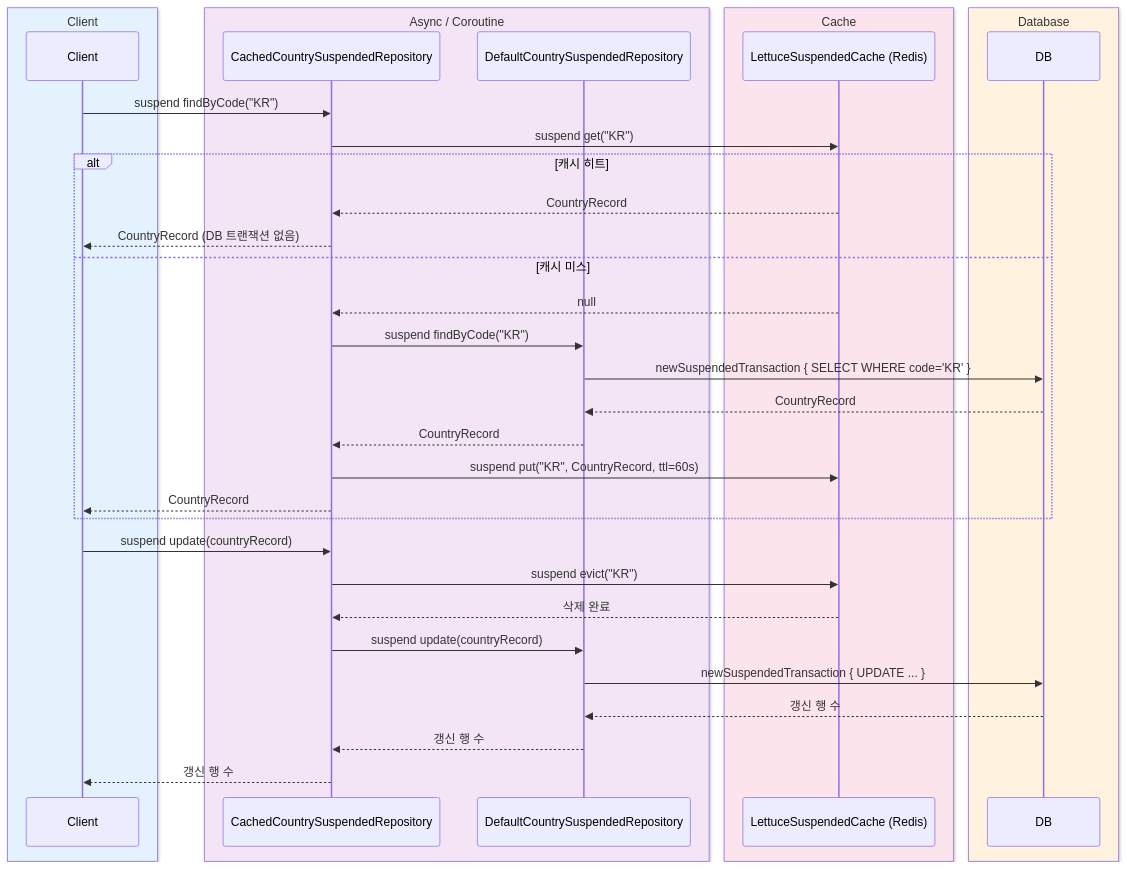
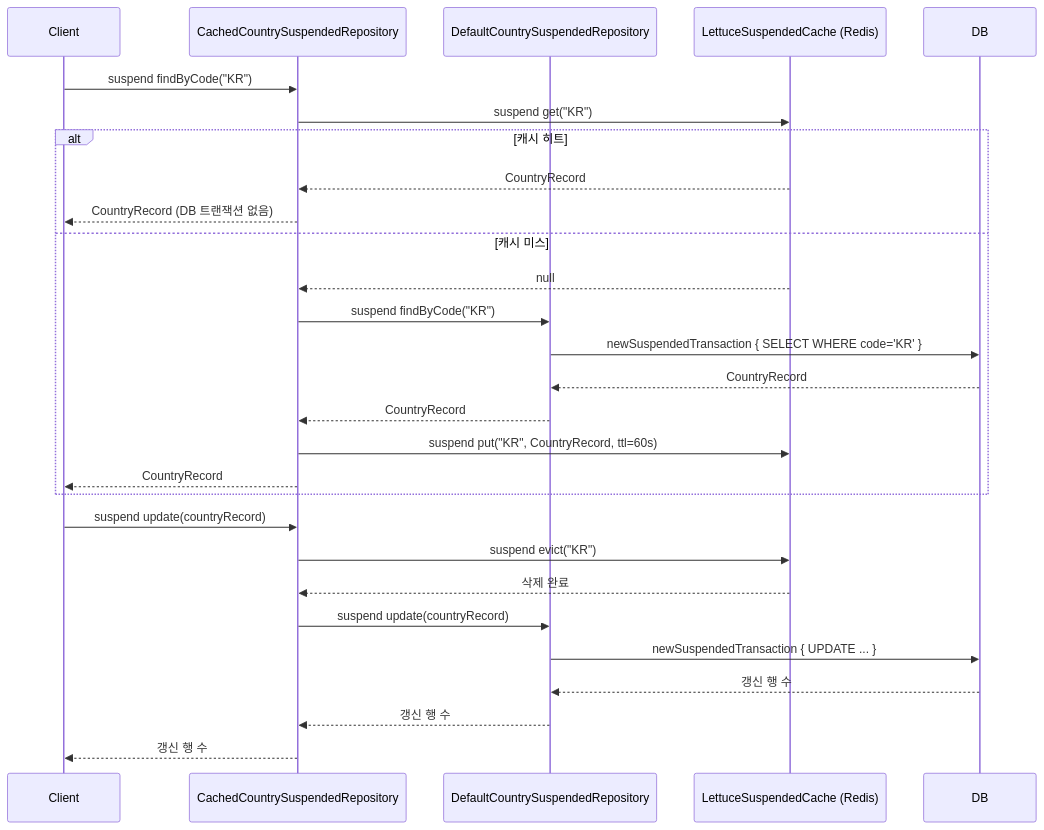
The fourth of 4 diagrams in 09-spring/07-spring-suspended-cache/README.ko.md (bluetape4k/exposed-workshop), drawn with Mermaid before and after one commit. The commit also changed 42 other files, not shown here.

First line of the commit message:
docs: sequence diagram에서 box rgb() 제거 (option 1 - GitHub dark mode 기본 렌더링 사용)

````diff
--- a/09-spring/07-spring-suspended-cache/README.ko.md
+++ b/09-spring/07-spring-suspended-cache/README.ko.md
@@ -241,41 +241,33 @@
 ```mermaid
 %%{init: {"theme": "neutral", "themeVariables": {"fontFamily": "'Comic Mono', 'goorm sans code', 'JetBrains Mono', 'goorm sans'"}}}%%
 sequenceDiagram
-    box rgb(227, 242, 253) Client
-        participant Client
-    end
-    box rgb(243, 229, 245) Async / Coroutine
-        participant Cached as CachedCountrySuspendedRepository
-        participant Default as DefaultCountrySuspendedRepository
-    end
-    box rgb(252, 228, 236) Cache
-        participant Cache as LettuceSuspendedCache (Redis)
-    end
-    box rgb(255, 243, 224) Database
-        participant DB
-    end
+    participant Client
+    participant Cached as CachedCountrySuspendedRepository
+    participant Default as DefaultCountrySuspendedRepository
+    participant Cache as LettuceSuspendedCache (Redis)
+    participant DB
 
     Client->>Cached: suspend findByCode("KR")
     Cached->>Cache: suspend get("KR")
     alt 캐시 히트
         Cache-->>Cached: CountryRecord
         Cached-->>Client: CountryRecord (DB 트랜잭션 없음)
     else 캐시 미스
         Cache-->>Cached: null
         Cached->>Default: suspend findByCode("KR")
         Default->>DB: newSuspendedTransaction { SELECT WHERE code='KR' }
         DB-->>Default: CountryRecord
         Default-->>Cached: CountryRecord
         Cached->>Cache: suspend put("KR", CountryRecord, ttl=60s)
         Cached-->>Client: CountryRecord
     end
 
     Client->>Cached: suspend update(countryRecord)
     Cached->>Cache: suspend evict("KR")
     Cache-->>Cached: 삭제 완료
     Cached->>Default: suspend update(countryRecord)
     Default->>DB: newSuspendedTransaction { UPDATE ... }
     DB-->>Default: 갱신 행 수
     Default-->>Cached: 갱신 행 수
     Cached-->>Client: 갱신 행 수
 ```
````
